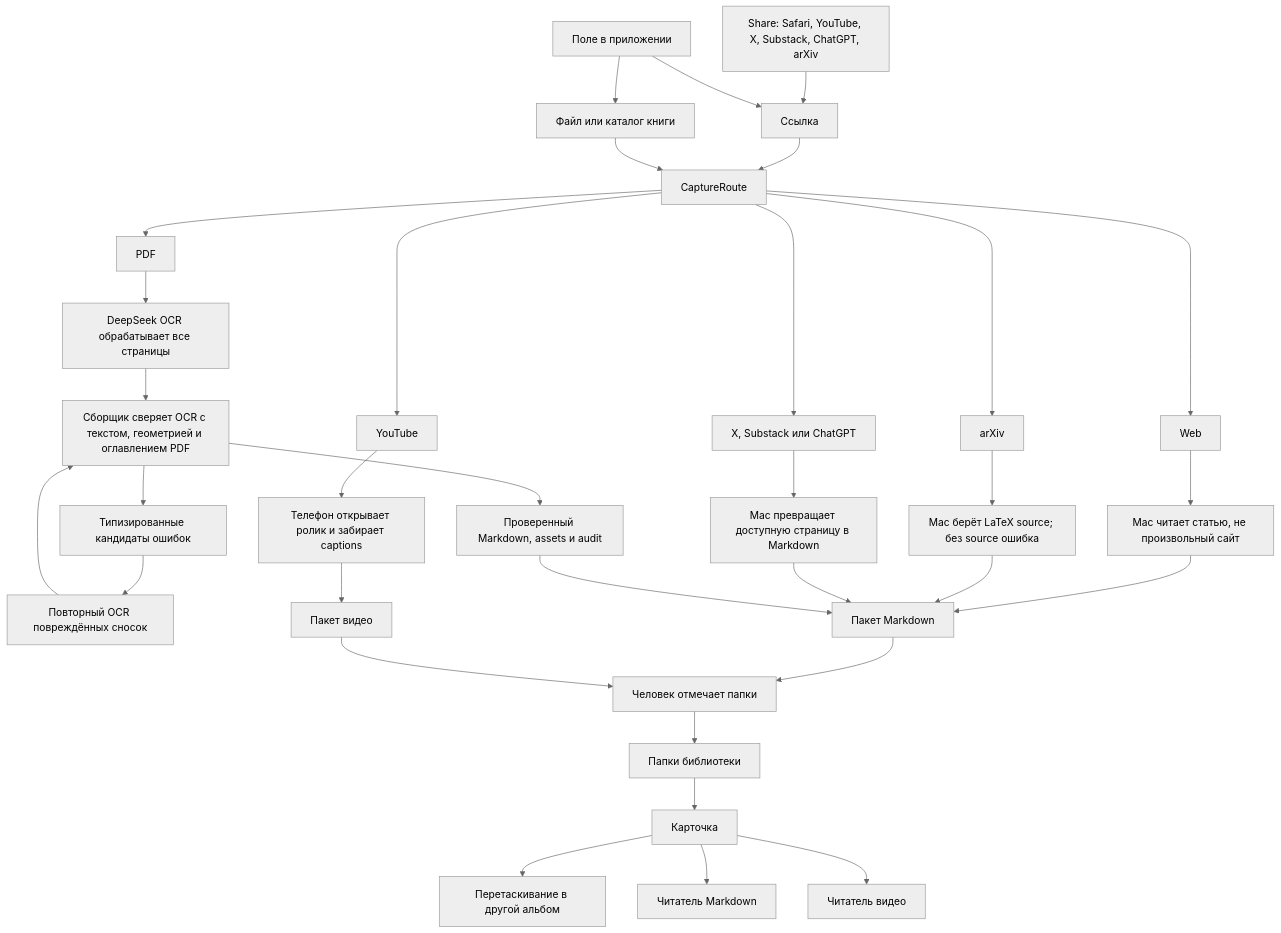
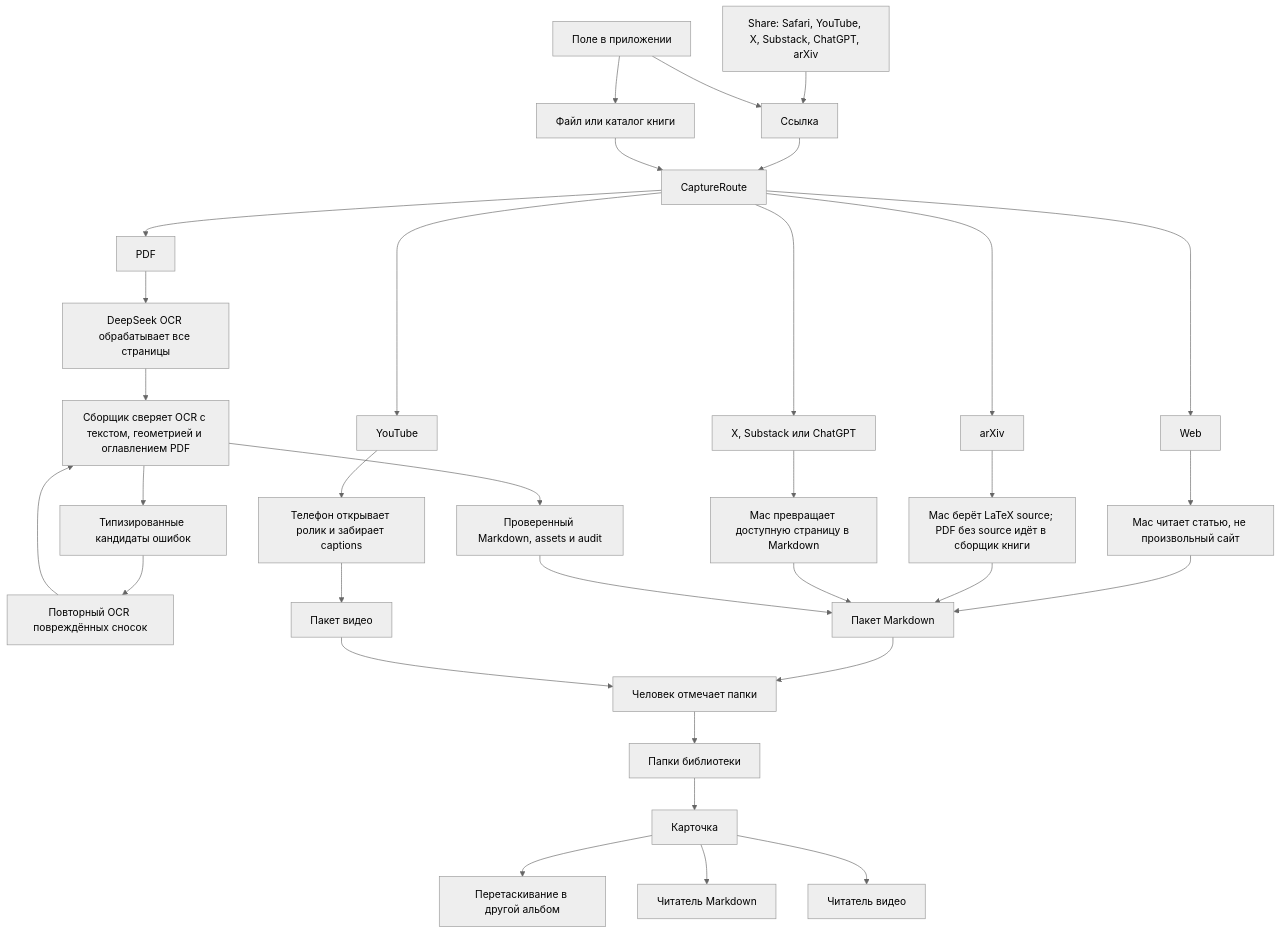
One commit to vladkalinichencko/fnmn-app changed the eighth of 9 diagrams in APP_SPEC.md. Above: the diagram before and after it, drawn with Mermaid (neutral theme). The commit also changed other lines of this file and 15 other files, not shown here.

````diff
--- a/APP_SPEC.md
+++ b/APP_SPEC.md
@@ -211,35 +211,35 @@
 ```mermaid
 flowchart TD
     Share[Share: Safari, YouTube, X, Substack, ChatGPT, arXiv] --> Link[Ссылка]
     Add[Поле в приложении] --> Link
     Add --> File[Файл или каталог книги]
     Link --> Route[CaptureRoute]
     File --> Route
     Route --> Web[Web]
     Route --> Arxiv[arXiv]
     Route --> Tube[YouTube]
     Route --> Social[X, Substack или ChatGPT]
     Route --> Pdf[PDF]
     Web --> ArticleMac[Mac читает статью, не произвольный сайт]
-    Arxiv --> ArxivMac[Mac берёт LaTeX source; без source ошибка]
+    Arxiv --> ArxivMac[Mac берёт LaTeX source; PDF без source идёт в сборщик книги]
     Social --> TextMac[Mac превращает доступную страницу в Markdown]
     Pdf --> PageOCR[DeepSeek OCR обрабатывает все страницы]
     PageOCR --> Assemble[Сборщик сверяет OCR с текстом, геометрией и оглавлением PDF]
     Assemble --> Candidates[Типизированные кандидаты ошибок]
     Candidates --> FootnoteOCR[Повторный OCR повреждённых сносок]
     FootnoteOCR --> Assemble
     Assemble --> PdfMac[Проверенный Markdown, assets и audit]
     Tube --> VideoPhone[Телефон открывает ролик и забирает captions]
     ArticleMac --> Markdown[Пакет Markdown]
     ArxivMac --> Markdown
     TextMac --> Markdown
     PdfMac --> Markdown
     VideoPhone --> VideoPack[Пакет видео]
     Markdown --> Choose[Человек отмечает папки]
     VideoPack --> Choose
     Choose --> Album[Папки библиотеки]
     Album --> Card[Карточка]
     Card --> OtherAlbum[Перетаскивание в другой альбом]
     Card --> MarkdownReader[Читатель Markdown]
     Card --> VideoReader[Читатель видео]
 ```
````
